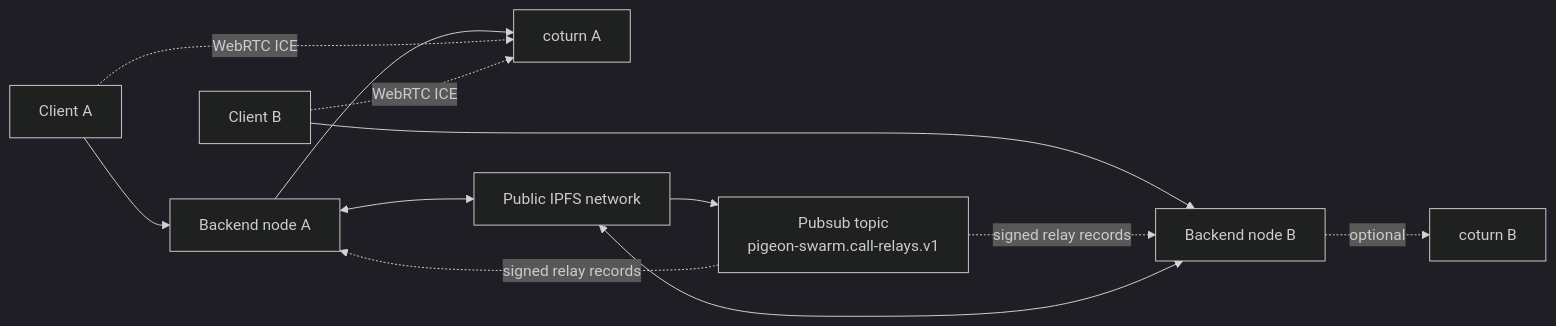
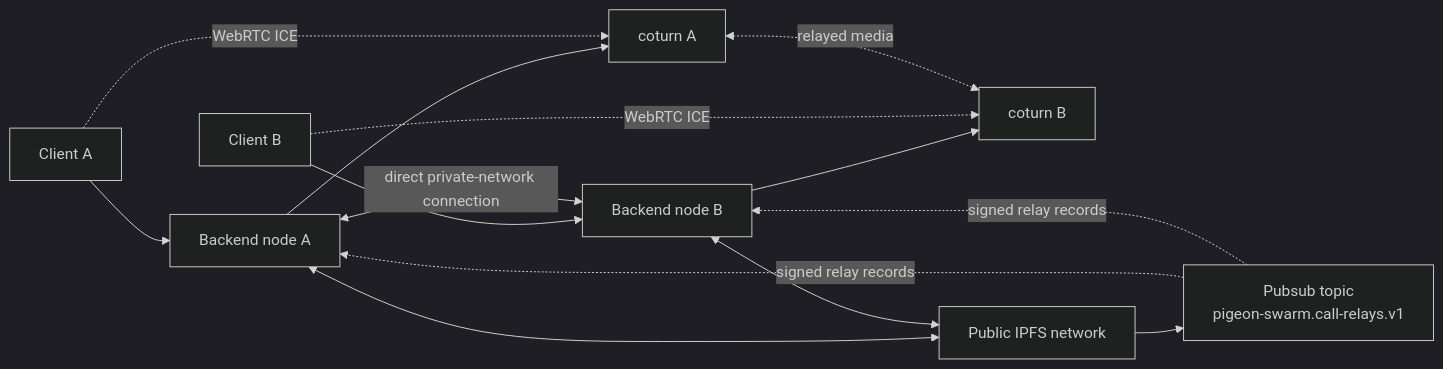
One commit to haskou/pigeon-swarm-node changed the first of 5 diagrams in docs/calls-turn-relay-discovery.md. Above: the diagram before and after it, drawn with Mermaid (dark theme). The commit also changed other lines of this file and 20 other files, not shown here.

First line of the commit message:
fix(network): 🐛 Connect private relay publishers directly (#263)

````diff
--- a/docs/calls-turn-relay-discovery.md
+++ b/docs/calls-turn-relay-discovery.md
@@ -22,19 +28,22 @@
 ```mermaid
 flowchart LR
     BrowserA["Client A"] --> BackendA["Backend node A"]
     BrowserB["Client B"] --> BackendB["Backend node B"]
 
     BackendA --> CoturnA["coturn A"]
-    BackendB -. optional .-> CoturnB["coturn B"]
+    BackendB --> CoturnB["coturn B"]
+
+    BackendA <-->|"direct private-network connection"| BackendB
 
     BackendA <--> PublicIPFS["Public IPFS network"]
     BackendB <--> PublicIPFS
 
     PublicIPFS --> Topic["Pubsub topic<br/>pigeon-swarm.call-relays.v1"]
 
     Topic -. signed relay records .-> BackendA
     Topic -. signed relay records .-> BackendB
 
     BrowserA -. WebRTC ICE .-> CoturnA
-    BrowserB -. WebRTC ICE .-> CoturnA
+    BrowserB -. WebRTC ICE .-> CoturnB
+    CoturnA <-. relayed media .-> CoturnB
 ```
````
